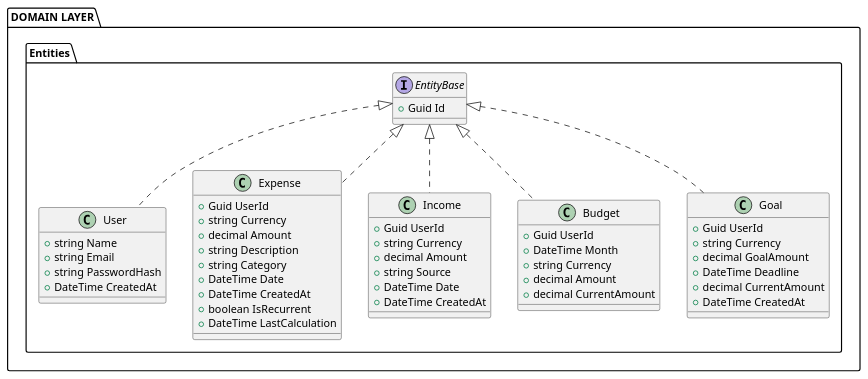
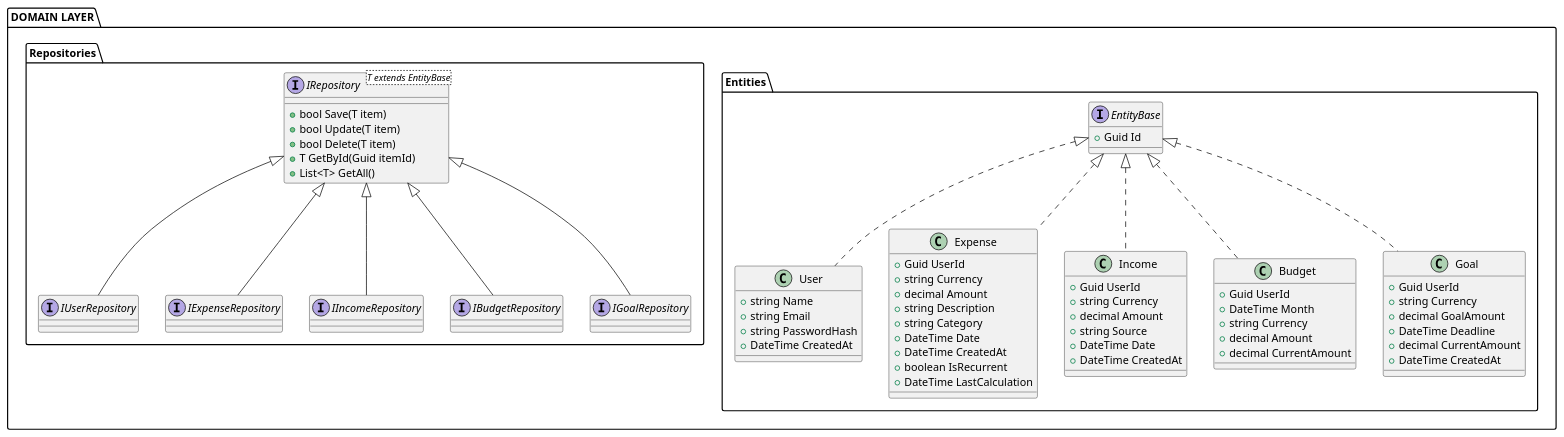
The diagram in SystemDesign/ClassDiagram.puml (programacion-6/ExpenseTrackerGrupo5), drawn with PlantUML before and after one commit.

Commit message:
chore: signatures for repositories added using interface segregation

```diff
--- a/SystemDesign/ClassDiagram.puml
+++ b/SystemDesign/ClassDiagram.puml
@@ -1,59 +1,84 @@
 @startuml ExpenseTracker - Group5
 
 package "DOMAIN LAYER" {
 
     package "Entities" {
         interface EntityBase {
             +Guid Id
         }
 
         class User implements EntityBase {
             +string Name
             +string Email
             +string PasswordHash
             +DateTime CreatedAt
         }
 
         class Expense implements EntityBase {
             +Guid UserId
             +string Currency
             +decimal Amount
             +string Description
             +string Category
             +DateTime Date
             +DateTime CreatedAt
             +boolean IsRecurrent
             +DateTime LastCalculation
         }
 
         class Income implements EntityBase {
             +Guid UserId
             +string Currency
             +decimal Amount
             +string Source
             +DateTime Date
             +DateTime CreatedAt
         }
 
         class Budget implements EntityBase {
             +Guid UserId
             +DateTime Month
             +string Currency
             +decimal Amount
             +decimal CurrentAmount
         }
 
         class Goal implements EntityBase {
             +Guid UserId
             +string Currency
             +decimal GoalAmount
             +DateTime Deadline
             +decimal CurrentAmount
             +DateTime CreatedAt
         }
 
     }
 
+    package "Repositories" {
+        interface IRepository<T extends EntityBase> {
+            +bool Save(T item)
+            +bool Update(T item)
+            +bool Delete(T item)
+            +T GetById(Guid itemId)
+            +List<T> GetAll()
+        }
+
+        interface IUserRepository extends IRepository<User> {
+        }
+
+        interface IExpenseRepository extends IRepository<Expense> {
+        }
+
+        interface IIncomeRepository extends IRepository<Income> {
+        }
+
+        interface IBudgetRepository extends IRepository<Budget> {
+        }
+
+        interface IGoalRepository extends IRepository<Goal> {
+        }
+    }
+
 }
 
 @enduml
```
